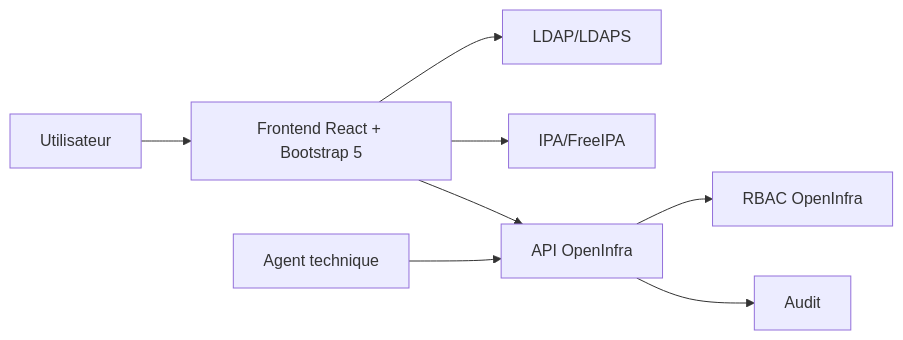
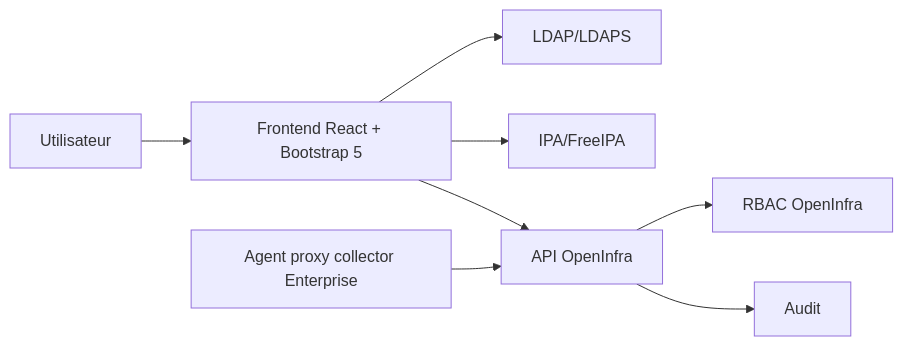
Before and after one commit to irivengroup/openinfra: the diagram in docs/specifications/OpenInfra-CDC-SFG-STG-v4.8.1/03-Technique/13-Authentification-LDAP-IPA-RBAC.md, drawn with Mermaid. The commit also changed other lines of this file and 114 other files, not shown here.

````diff
--- a/docs/specifications/OpenInfra-CDC-SFG-STG-v4.8.1/03-Technique/13-Authentification-LDAP-IPA-RBAC.md
+++ b/docs/specifications/OpenInfra-CDC-SFG-STG-v4.8.1/03-Technique/13-Authentification-LDAP-IPA-RBAC.md
@@ -9,10 +9,10 @@
 ```mermaid id="6xwzqu"
 flowchart LR
   U[Utilisateur] --> WEB[Frontend React + Bootstrap 5]
   WEB --> LDAP[LDAP/LDAPS]
   WEB --> IPA[IPA/FreeIPA]
   WEB --> API[API OpenInfra]
   API --> RBAC[RBAC OpenInfra]
   API --> AUDIT[Audit]
-  AGENT[Agent technique] --> API
+  AGENT[Agent proxy collector Enterprise] --> API
 ```
````
